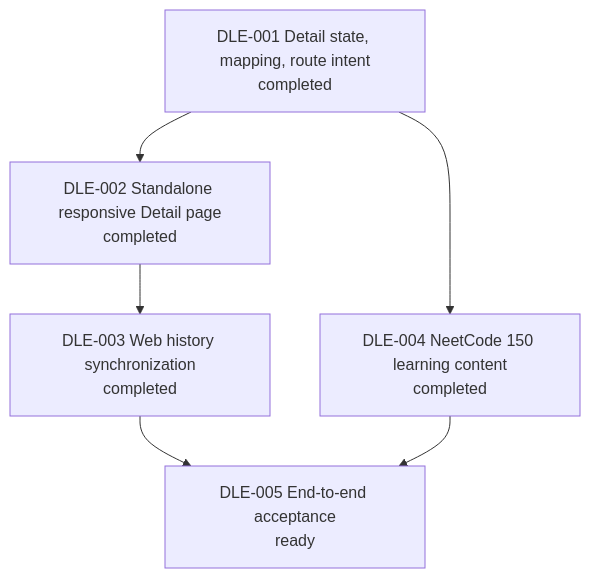
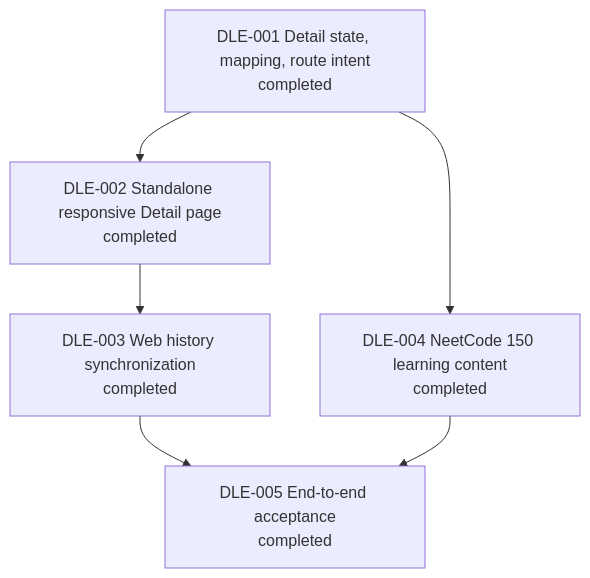
The first of 17 diagrams in agent-workflow/WORK_GRAPH.md (allenljf/algorithm-learning), drawn with Mermaid before and after one commit. The commit also changed 4 other files, not shown here.

````diff
--- a/agent-workflow/WORK_GRAPH.md
+++ b/agent-workflow/WORK_GRAPH.md
@@ -5,11 +5,11 @@
 ```mermaid
 flowchart TD
   D1[DLE-001 Detail state, mapping, route intent\ncompleted]
   D2[DLE-002 Standalone responsive Detail page\ncompleted]
   D3[DLE-003 Web history synchronization\ncompleted]
   D4[DLE-004 NeetCode 150 learning content\ncompleted]
-  D5[DLE-005 End-to-end acceptance\nready]
+  D5[DLE-005 End-to-end acceptance\ncompleted]
 
   D1 --> D2 --> D3 --> D5
   D1 --> D4 --> D5
 ```
````
